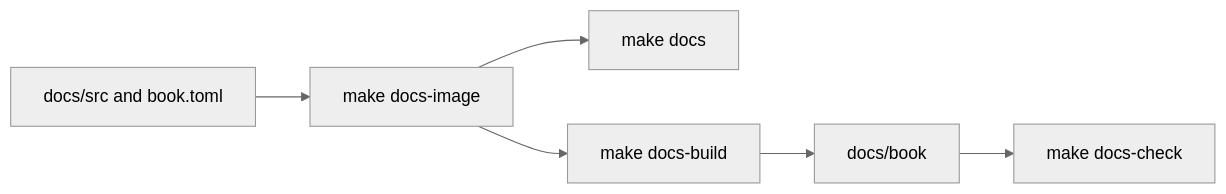
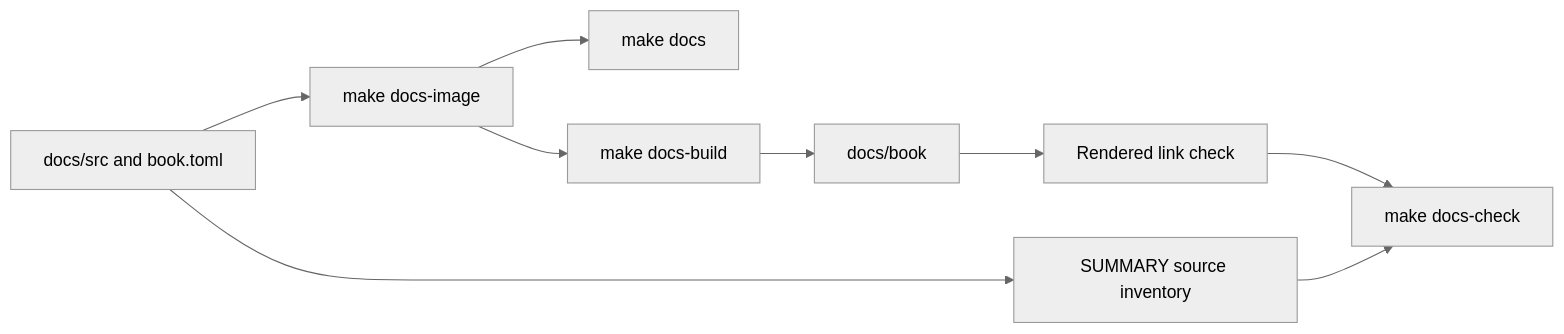
One commit to VitorNathanG/njavac changed the first of 2 diagrams in docs/src/tooling/documentation.md. Above: the diagram before and after it, drawn with Mermaid (neutral theme). The commit also changed other lines of this file and 51 other files, not shown here.

````diff
--- a/docs/src/tooling/documentation.md
+++ b/docs/src/tooling/documentation.md
@@ -19,8 +26,11 @@
 ```mermaid
 flowchart LR
     Source[docs/src and book.toml] --> Image[make docs-image]
     Image --> Preview[make docs]
     Image --> Build[make docs-build]
     Build --> Book[docs/book]
-    Book --> Links[make docs-check]
+    Source --> Inventory[SUMMARY source inventory]
+    Book --> Links[Rendered link check]
+    Inventory --> Check[make docs-check]
+    Links --> Check
 ```
````
